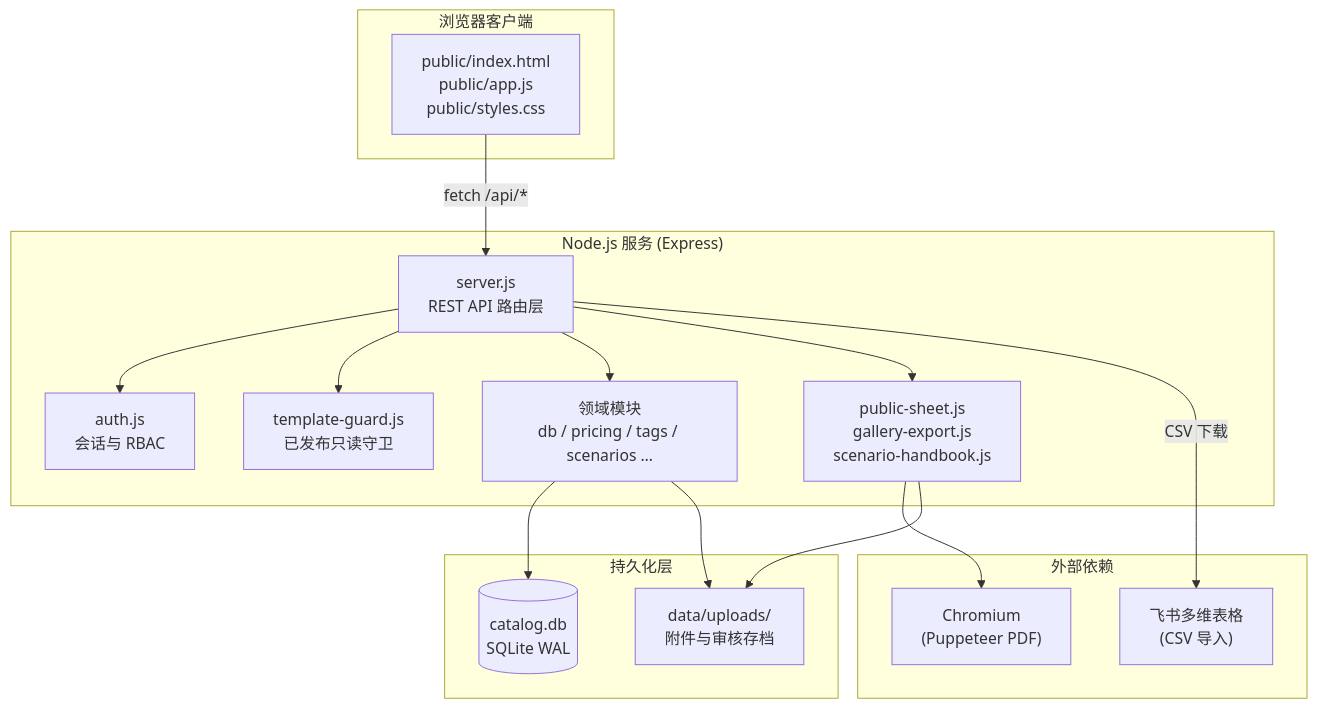
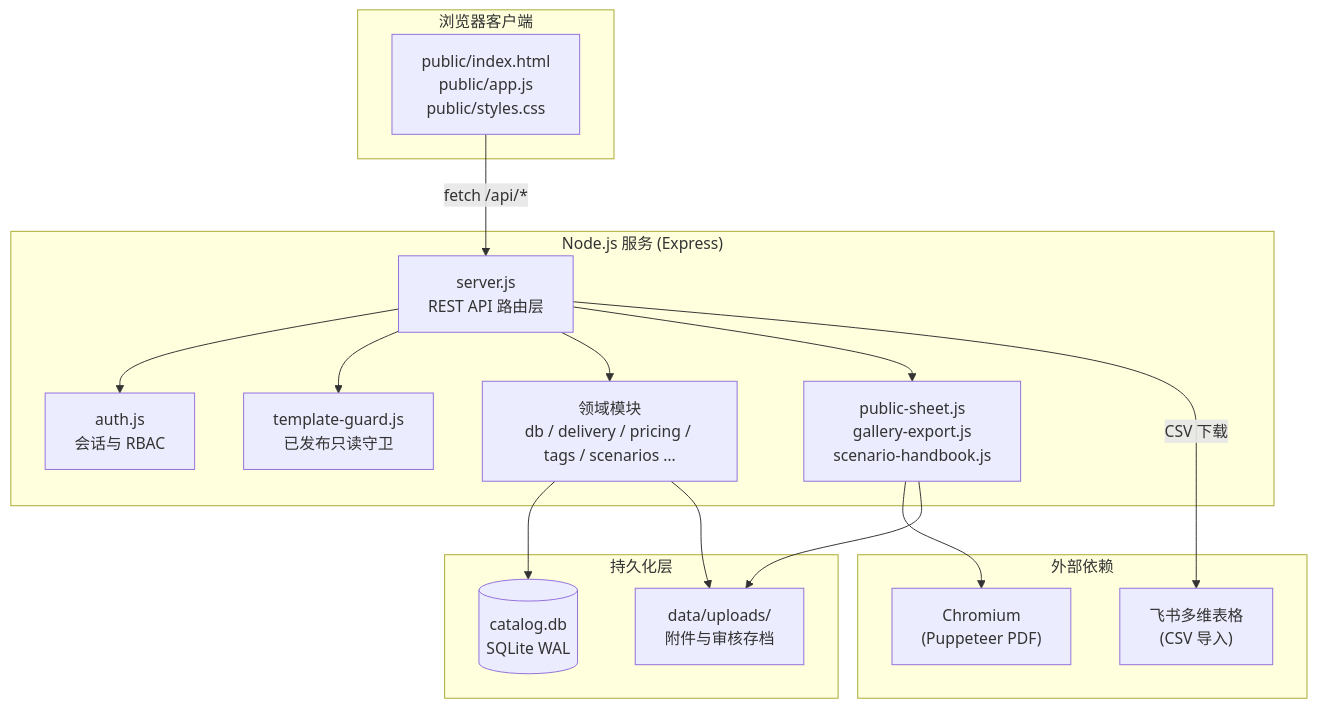
The first of 5 diagrams in architecture.md (raintea223-art/Parti-MR2525), drawn with Mermaid before and after one commit. The commit also changed other lines of this file and 22 other files, not shown here.

````diff
--- a/architecture.md
+++ b/architecture.md
@@ -30,35 +30,35 @@
 ```mermaid
 flowchart TB
   subgraph Client["浏览器客户端"]
     UI["public/index.html<br/>public/app.js<br/>public/styles.css"]
   end
 
   subgraph Server["Node.js 服务 (Express)"]
     Router["server.js<br/>REST API 路由层"]
     Auth["auth.js<br/>会话与 RBAC"]
     Guard["template-guard.js<br/>已发布只读守卫"]
-    Domain["领域模块<br/>db / pricing / tags / scenarios …"]
+    Domain["领域模块<br/>db / delivery / pricing / tags / scenarios …"]
     Export["public-sheet.js<br/>gallery-export.js<br/>scenario-handbook.js"]
   end
 
   subgraph Storage["持久化层"]
     SQLite[("catalog.db<br/>SQLite WAL")]
     FS["data/uploads/<br/>附件与审核存档"]
   end
 
   subgraph External["外部依赖"]
     Chrome["Chromium<br/>(Puppeteer PDF)"]
     Feishu["飞书多维表格<br/>(CSV 导入)"]
   end
 
   UI -->|fetch /api/*| Router
   Router --> Auth
   Router --> Guard
   Router --> Domain
   Router --> Export
   Domain --> SQLite
   Domain --> FS
   Export --> Chrome
   Export --> FS
   Router -->|CSV 下载| Feishu
 ```
````
